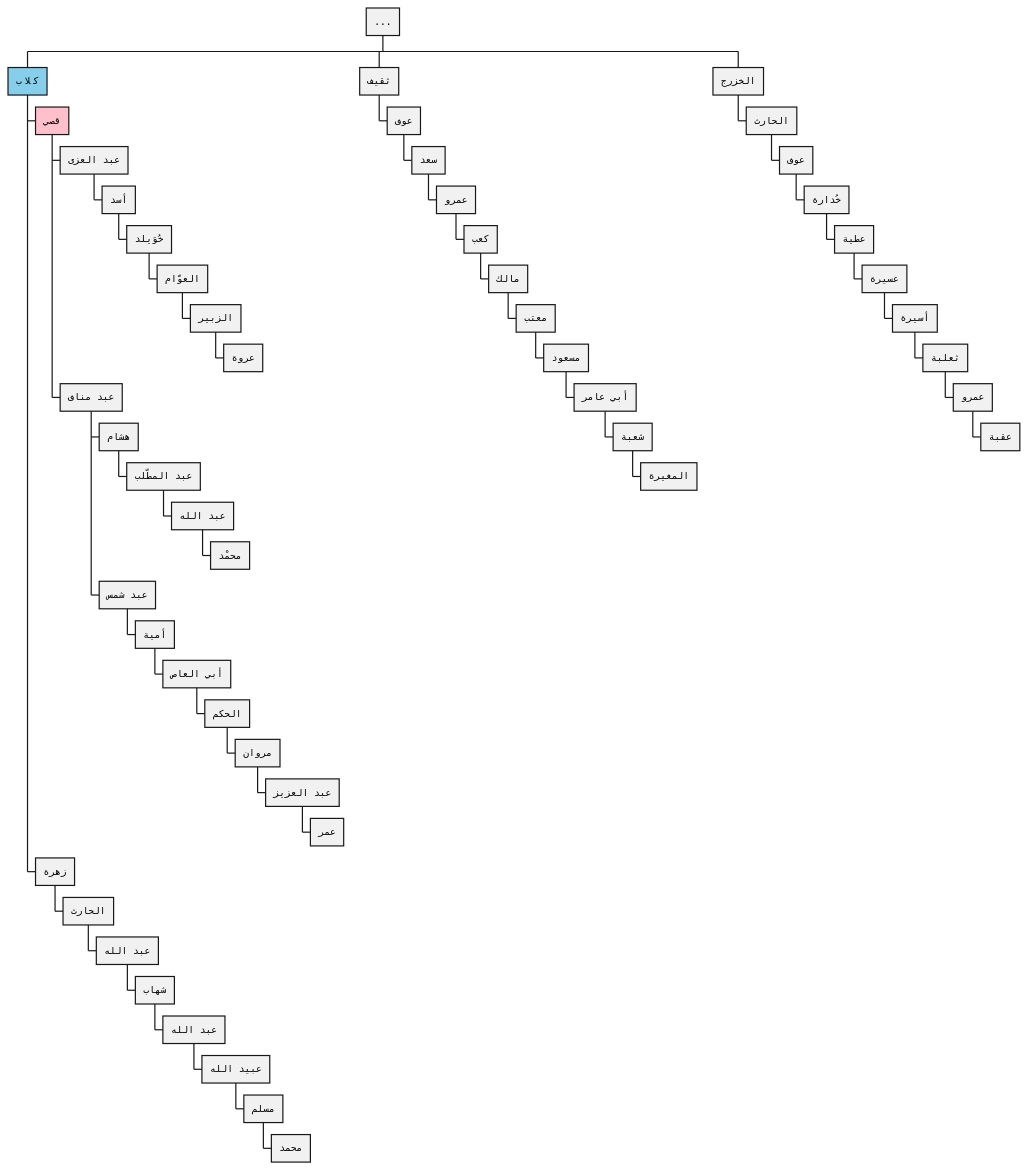
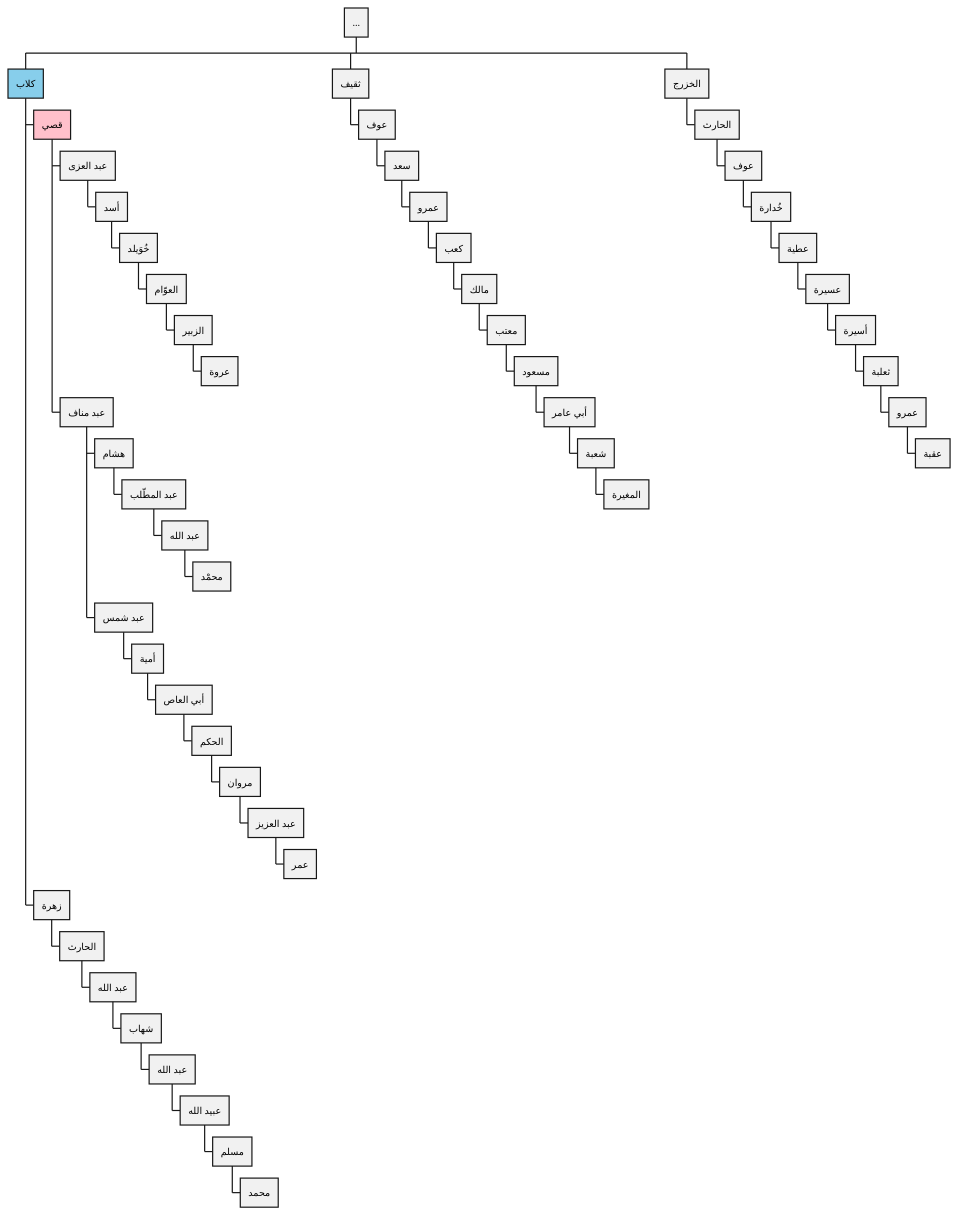
Before and after one commit to aowss/al-muwatta: the diagram in تراجم/أنساب.puml, drawn with PlantUML. The commit also changed 4 other files, not shown here.

Commit message:
Change the font for أنساب diagram

```diff
--- a/تراجم/أنساب.puml
+++ b/تراجم/أنساب.puml
@@ -1,63 +1,63 @@
 @startwbs
 
-skinparam defaultFontName Courier
+skinparam defaultFontName Helvetica
 skinparam DefaultTextAlignment right
 
 * ...
 
 **[#SkyBlue] كلاب
 ***[#pink] قصي
 **** عبد العزى
 ***** أسد
 ****** خُوَيلد
 ******* العوّام
 ******** الزبير
 ********* عروة
 
 **** عبد مناف
 ***** هشام
 ****** عبد المطّلب
 ******* عبد الله
 ******** محمْد
 
 ***** عبد شمس
 ****** أمية
 ******* أبي العاص
 ******** الحكم
 ********* مروان
 ********** عبد العزيز
 *********** عمر
 
 *** زهرة
 **** الحارث
 ***** عبد الله
 ****** شهاب
 ******* عبد الله
 ******** عبيد الله
 ********* مسلم
 ********** محمد
 
 ** ثقيف
 *** عوف
 **** سعد
 ***** عمرو
 ****** كعب
 ******* مالك
 ******** معتب
 ********* مسعود
 ********** أبي عامر
 *********** شعبة
 ************ المغيرة
 
 ** الخزرج
 *** الحارث
 **** عوف
 ***** خُدارة
 ****** عطية
 ******* عسيرة
 ******** أسيرة
 ********* ثعلبة
 ********** عمرو
 *********** عقبة
 
 @endwbs
```
